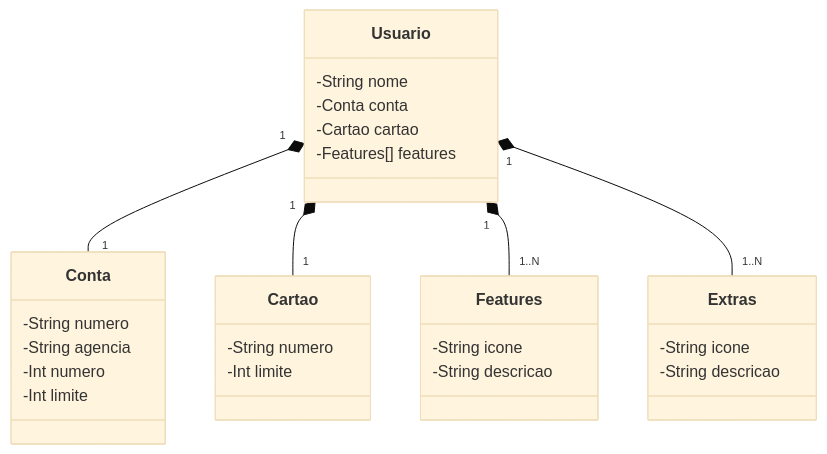
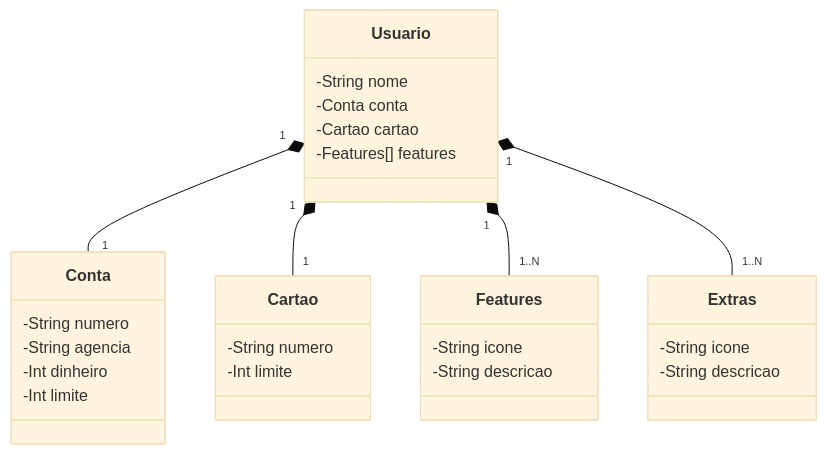
Before and after one commit to Jonatas-G-Oliveira/FullStackDio: the diagram in projeto-dio-2024/projeto-dio-2024/README.md, drawn with Mermaid (base theme).

````diff
--- a/projeto-dio-2024/projeto-dio-2024/README.md
+++ b/projeto-dio-2024/projeto-dio-2024/README.md
@@ -7,37 +7,37 @@
 ``` mermaid
 classDiagram
   class Usuario{
   -String nome
   -Conta conta
   -Cartao cartao
   -Features[] features
 }
 
   class Conta{
   -String numero
   -String agencia
-  -Int numero
+  -Int dinheiro
   -Int limite
 }
 
   class Cartao{
   -String numero
   -Int limite
 }
 
   class Features{
   -String icone
   -String descricao
 }
 
   class Extras{
   -String icone
   -String descricao
 }
 
 Usuario "1" *-- "1" Conta
 Usuario "1" *-- "1" Cartao
 Usuario "1" *-- "1..N" Features
 Usuario "1" *-- "1..N" Extras
 
 ```
````
